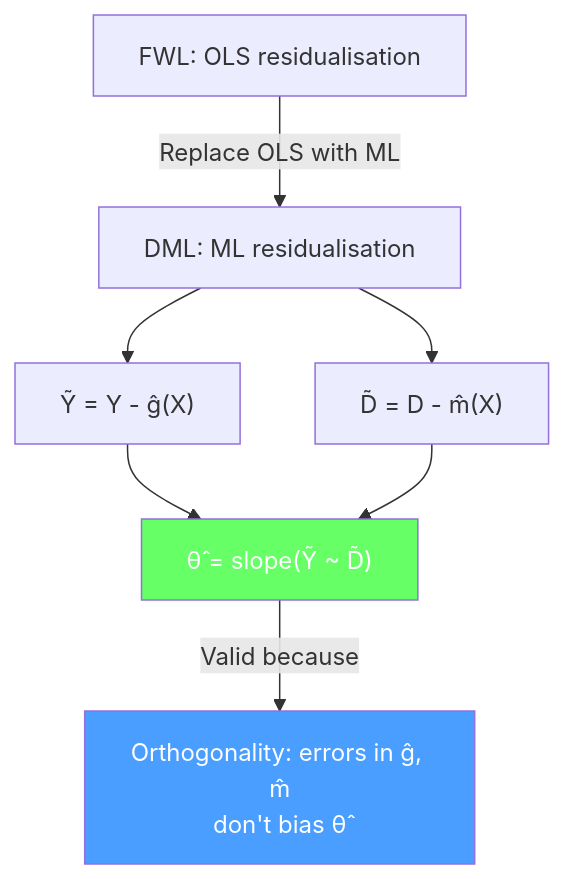
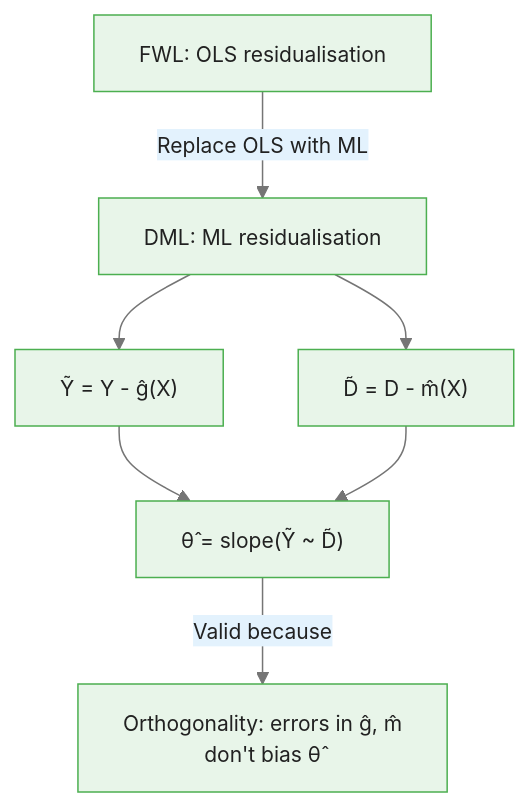
The second of 2 diagrams in courses/double-machine-learning/modules/module_02_orthogonalisation/guides/01_orthogonalisation_trick_slides.md (m-deane/course-creator), drawn with Mermaid before and after one commit. The commit also changed other lines of this file and 40 other files, not shown here.

````diff
--- a/courses/double-machine-learning/modules/module_02_orthogonalisation/guides/01_orthogonalisation_trick_slides.md
+++ b/courses/double-machine-learning/modules/module_02_orthogonalisation/guides/01_orthogonalisation_trick_slides.md
@@ -225,11 +241,10 @@
 ```mermaid
+%%{init: {"theme": "base", "themeVariables": {"primaryColor": "#e8f5e9", "primaryBorderColor": "#4caf50", "primaryTextColor": "#212121", "secondaryColor": "#e3f2fd", "tertiaryColor": "#fff8e1", "lineColor": "#757575", "fontFamily": "Inter, sans-serif", "fontSize": "14px"}}}%%
 flowchart TD
     FWL["FWL: OLS residualisation"] -->|"Replace OLS with ML"| DML["DML: ML residualisation"]
     DML --> R1["Ỹ = Y - ĝ(X)"]
     DML --> R2["D̃ = D - m̂(X)"]
     R1 --> Theta["θ̂ = slope(Ỹ ~ D̃)"]
     R2 --> Theta
     Theta -->|"Valid because"| Orth["Orthogonality: errors in ĝ, m̂<br/>don't bias θ̂"]
-    style Theta fill:#6f6,color:#fff
-    style Orth fill:#4a9eff,color:#fff
 ```
````
